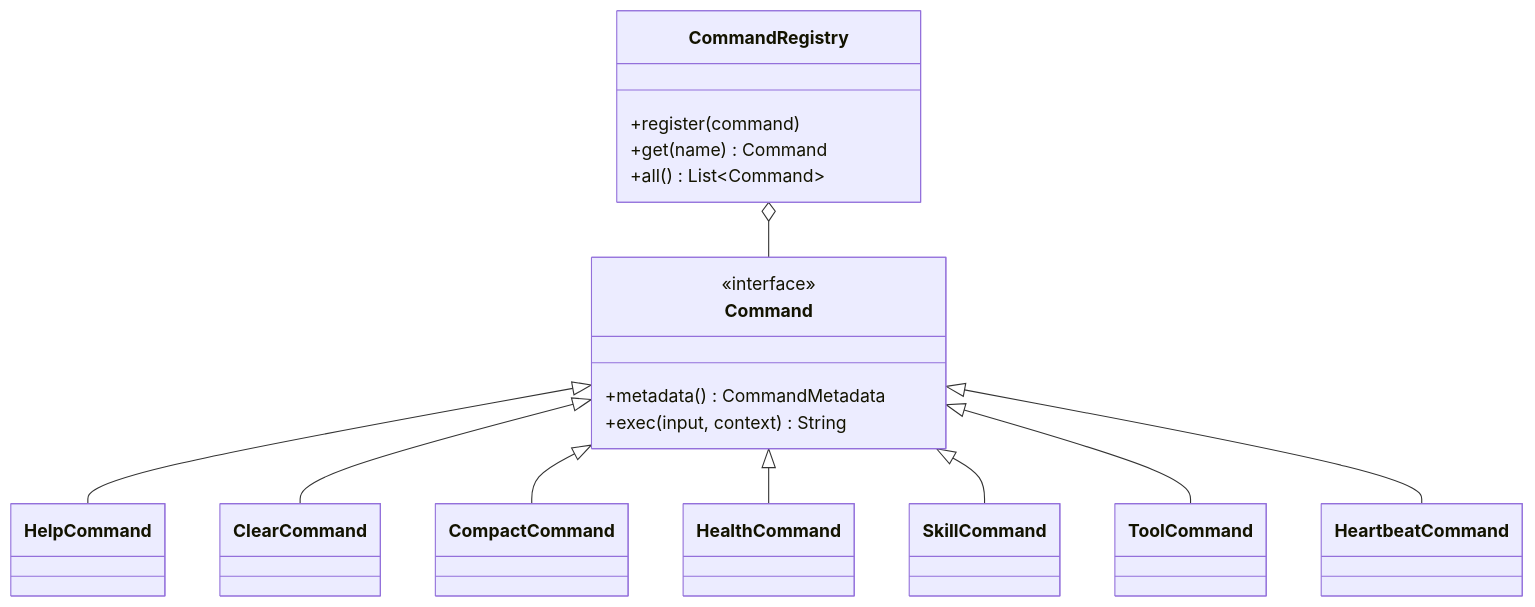
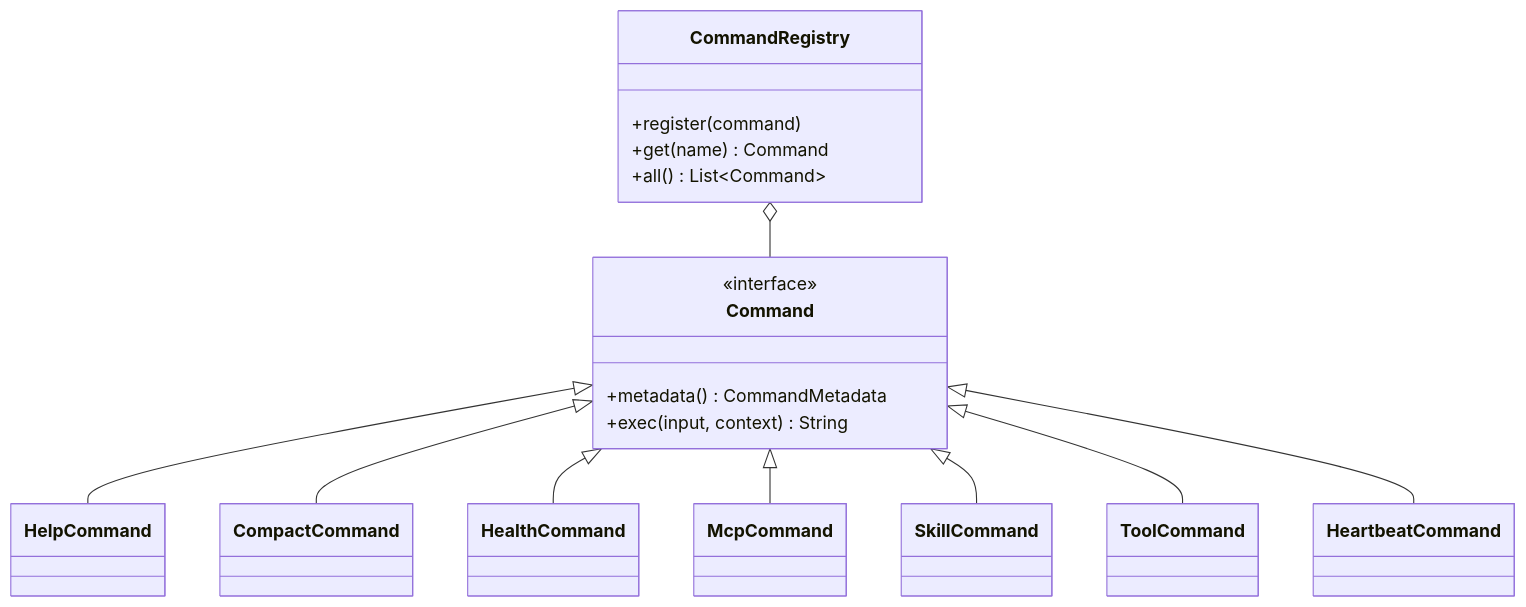
Diagram 12 of 14 in ARCHITECTURE.md (wutsi/kokibot), drawn with Mermaid before and after one commit. The commit also changed other lines of this file and 2 other files, not shown here.

````diff
--- a/ARCHITECTURE.md
+++ b/ARCHITECTURE.md
@@ -967,31 +1066,31 @@
 ```mermaid
 classDiagram
     class Command {
         <<interface>>
         +metadata() CommandMetadata
         +exec(input, context) String
     }
     
     class CommandRegistry {
         +register(command)
         +get(name) Command
         +all() List~Command~
     }
     
     class HelpCommand
-    class ClearCommand
     class CompactCommand
     class HealthCommand
+    class McpCommand
     class SkillCommand
     class ToolCommand
     class HeartbeatCommand
     
     Command <|-- HelpCommand
-    Command <|-- ClearCommand
     Command <|-- CompactCommand
     Command <|-- HealthCommand
+    Command <|-- McpCommand
     Command <|-- SkillCommand
     Command <|-- ToolCommand
     Command <|-- HeartbeatCommand
     CommandRegistry o-- Command
 ```
````
